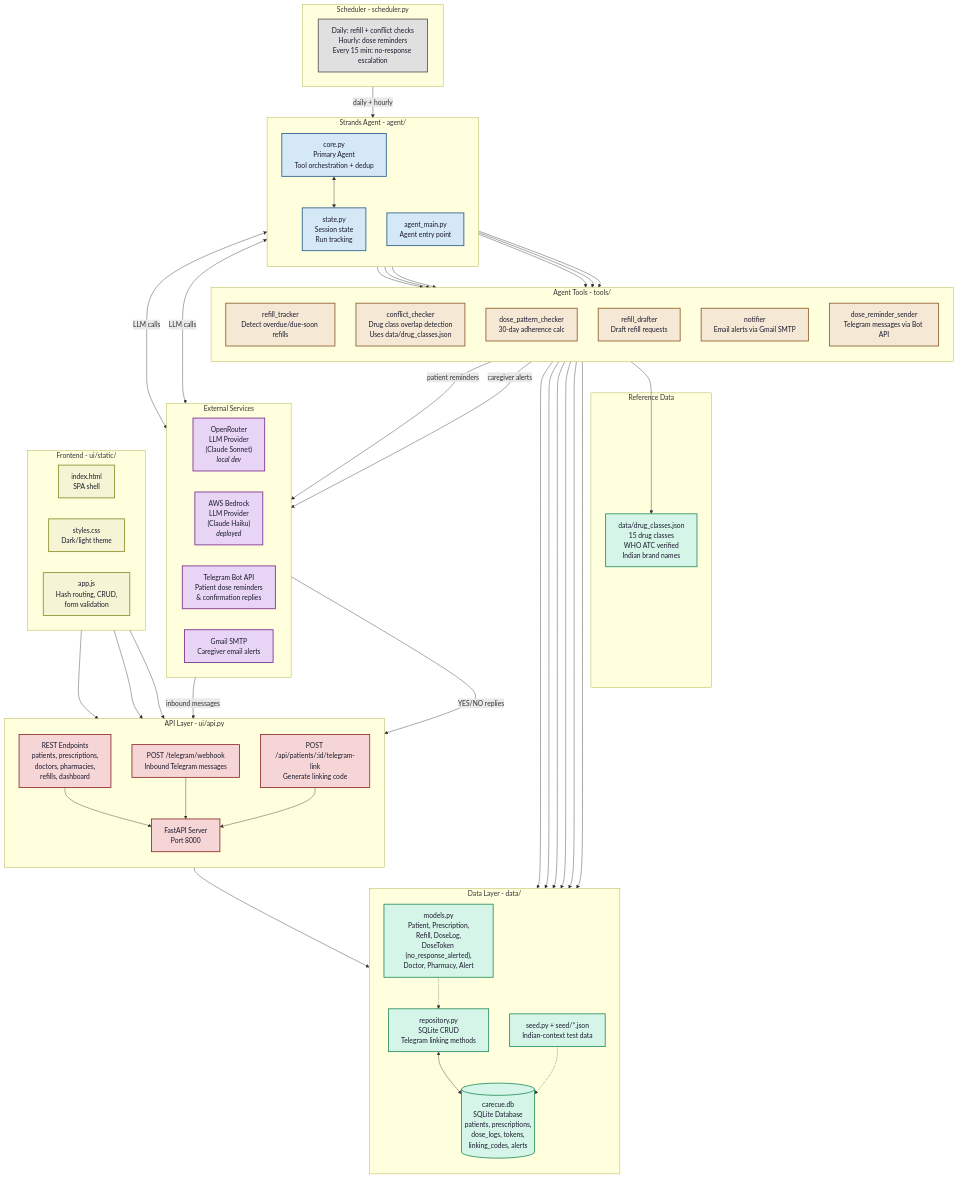
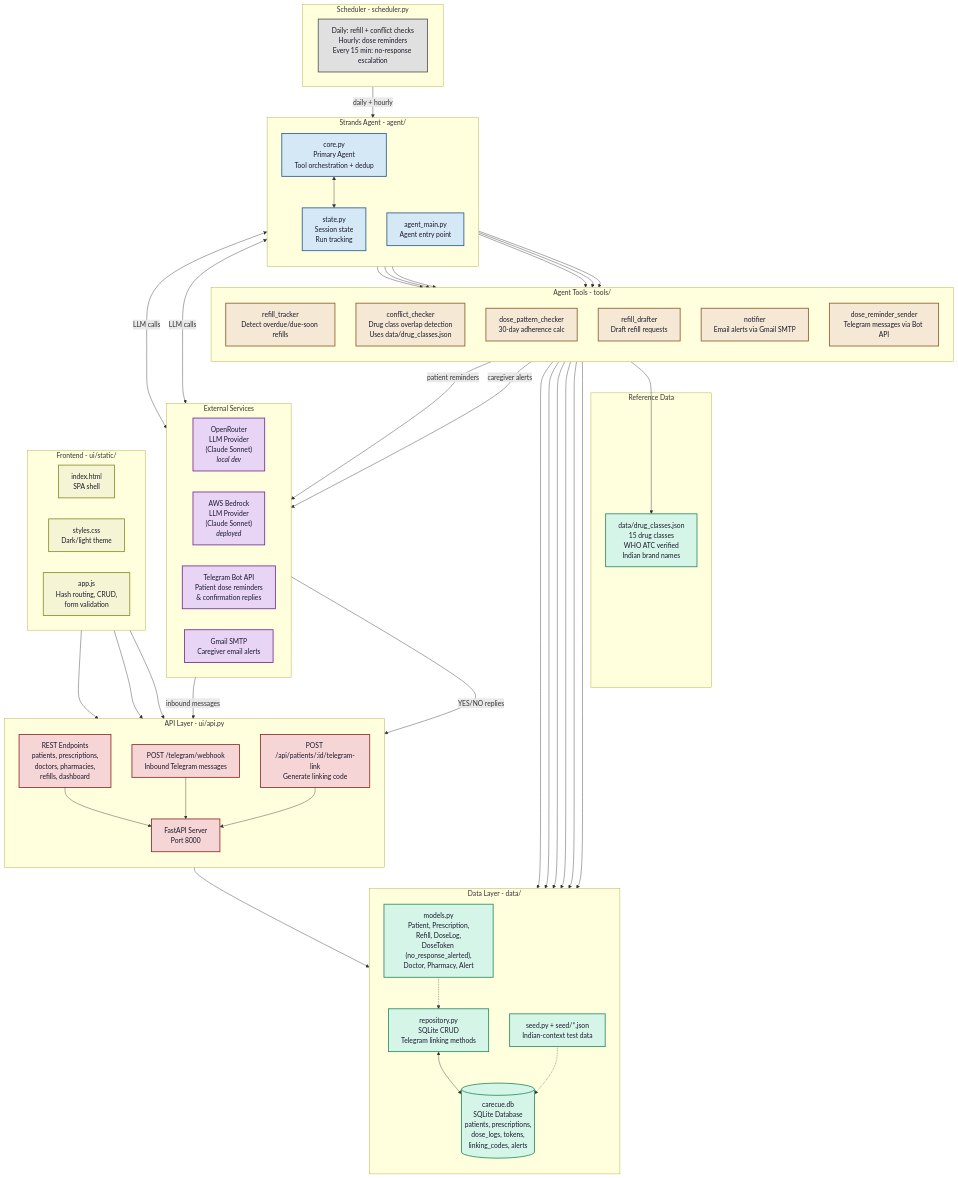
The diagram in docs/architecture.md (Biswajit-17/CareCue-Agent), drawn with Mermaid before and after one commit. The commit also changed other lines of this file and 1 other file, not shown here.

Commit message:
Update docs to reflect Sonnet model for deployed agent

```diff
--- a/docs/architecture.md
+++ b/docs/architecture.md
@@ -5,7 +5,7 @@
     subgraph External["External Services"]
         direction LR
         OR["OpenRouter<br/>LLM Provider<br/>(Claude Sonnet)<br/><i>local dev</i>"]
-        BED["AWS Bedrock<br/>LLM Provider<br/>(Claude Haiku)<br/><i>deployed</i>"]
+        BED["AWS Bedrock<br/>LLM Provider<br/>(Claude Sonnet)<br/><i>deployed</i>"]
         TG["Telegram Bot API<br/>Patient dose reminders<br/>& confirmation replies"]
         GMAIL["Gmail SMTP<br/>Caregiver email alerts"]
     end
```
